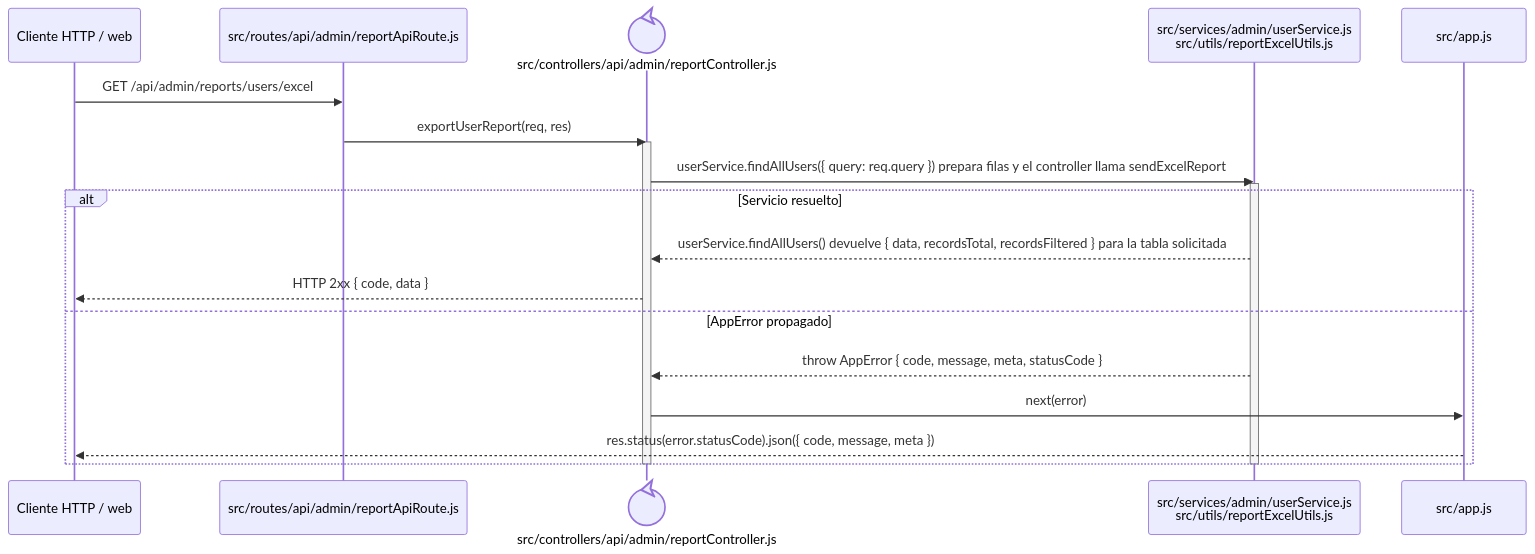
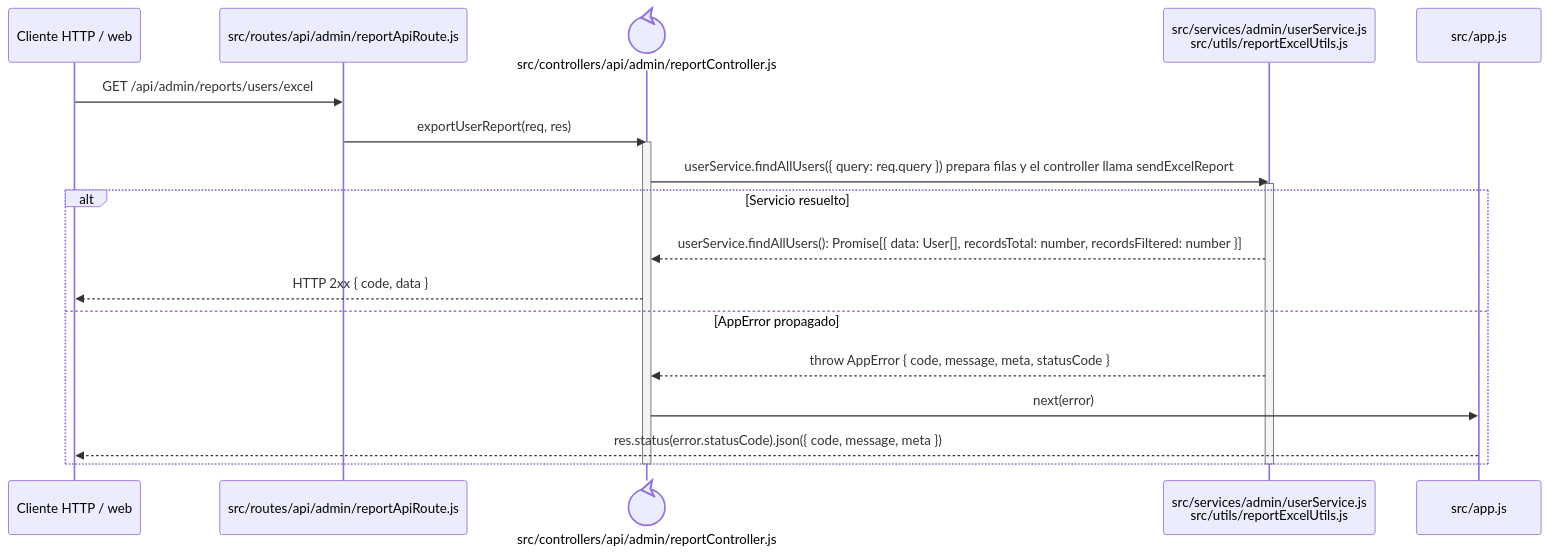
The diagram in docs/architecture/backend-code-sequences/identity-access/cu-ida-09.md (gpgsistemas01/nexus), drawn with Mermaid before and after one commit. The commit also changed 146 other files, not shown here.

````diff
--- a/docs/architecture/backend-code-sequences/identity-access/cu-ida-09.md
+++ b/docs/architecture/backend-code-sequences/identity-access/cu-ida-09.md
@@ -6,24 +6,24 @@
 ```mermaid
 sequenceDiagram
     participant Client as Cliente HTTP / web
     participant Route as src/routes/api/admin/reportApiRoute.js
     participant Controller@{ "type": "control" } as src/controllers/api/admin/reportController.js
     participant Domain as src/services/admin/userService.js<br/>src/utils/reportExcelUtils.js
     participant ErrorHandler as src/app.js
 
     Client->>Route: GET /api/admin/reports/users/excel
     Route->>Controller: exportUserReport(req, res)
     activate Controller
     Controller->>Domain: userService.findAllUsers({ query: req.query }) prepara filas y el controller llama sendExcelReport
     activate Domain
     alt Servicio resuelto
-        Domain-->>Controller: userService.findAllUsers() devuelve { data, recordsTotal, recordsFiltered } para la tabla solicitada
+        Domain-->>Controller: userService.findAllUsers(): Promise[{ data: User[], recordsTotal: number, recordsFiltered: number }]
         Controller-->>Client: HTTP 2xx { code, data }
     else AppError propagado
         Domain-->>Controller: throw AppError { code, message, meta, statusCode }
         Controller->>ErrorHandler: next(error)
         ErrorHandler-->>Client: res.status(error.statusCode).json({ code, message, meta })
     end
     deactivate Domain
     deactivate Controller
 ```
````
